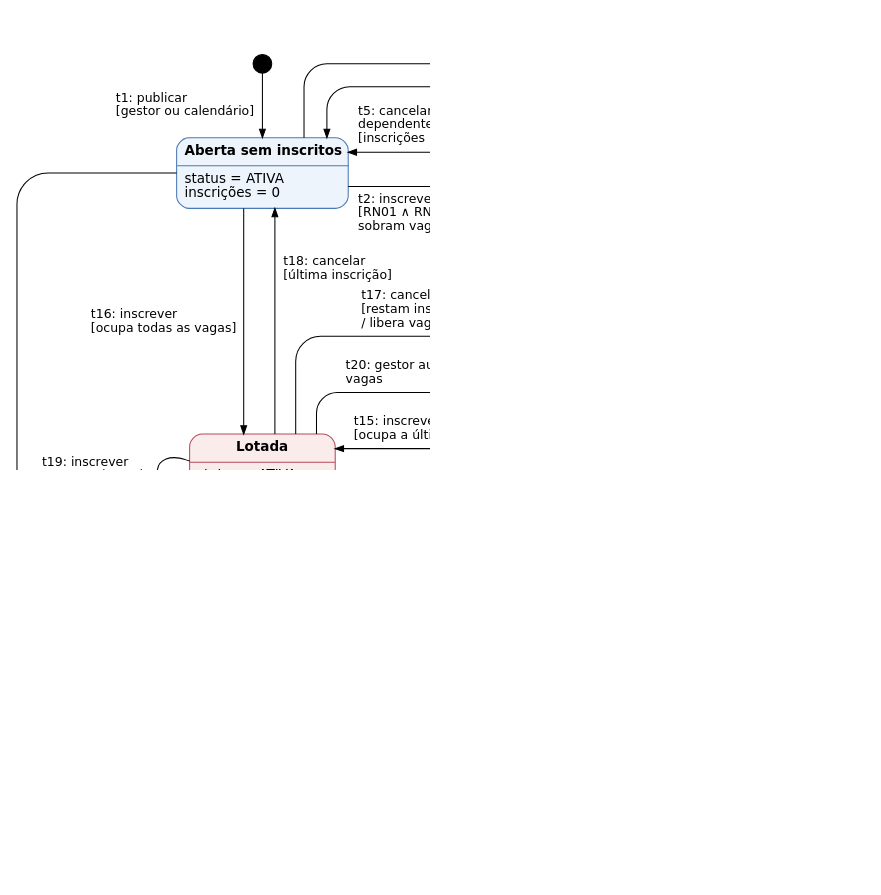
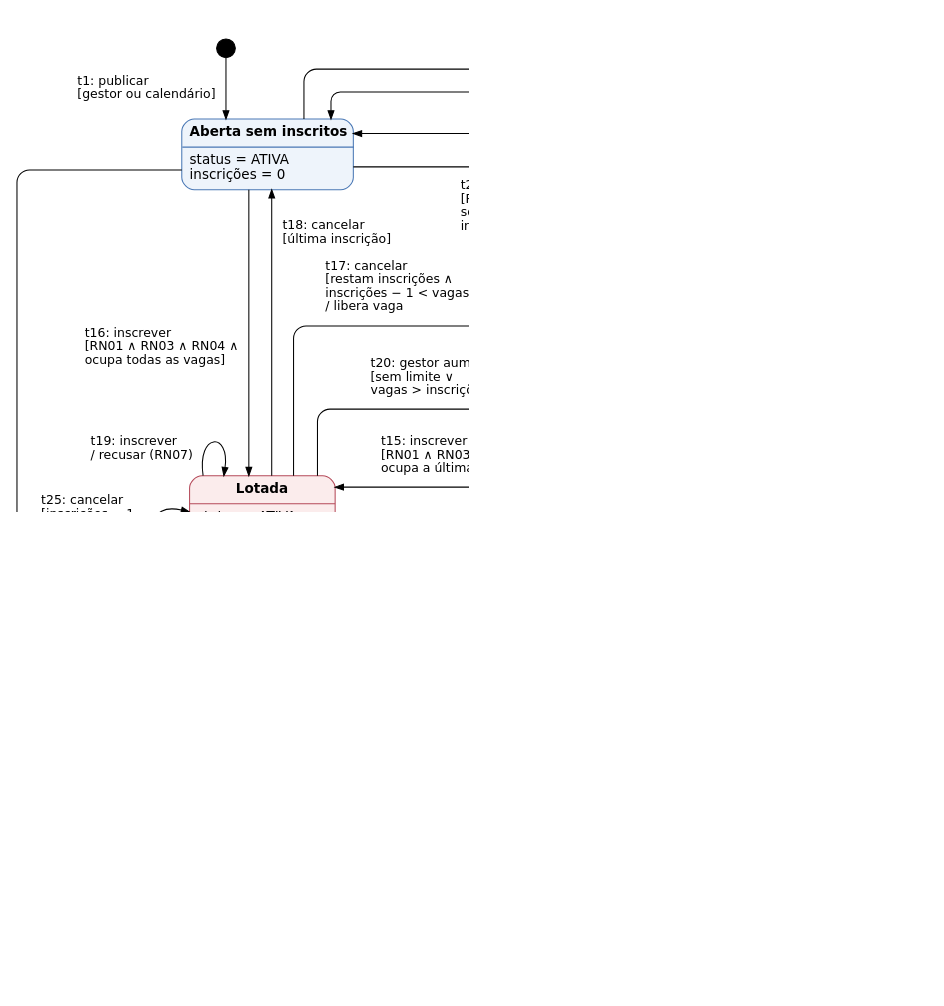
Before and after one commit to Conecta-Vida/Conecta-Vida-Mobile: the diagram in qualidade/diagramas/ex05_estados.dot, drawn with Graphviz. The commit also changed 7 other files, not shown here.

```diff
--- a/qualidade/diagramas/ex05_estados.dot
+++ b/qualidade/diagramas/ex05_estados.dot
@@ -1,49 +1,50 @@
 // Exercício 5 - Diagrama de Transição de Estados (UML) do objeto Campanha
 // (tabela comunicacoes, tipo CAMPANHA). Transições no formato evento [guarda] / ação.
 // Layout fixo (layout=nop2): posição de cada estado, trajeto de cada seta e lugar de cada
 // rótulo definidos à mão, para nenhum rótulo cruzar outra seta. Coordenadas em pontos.
 digraph DTE {
   graph [layout=nop2, fontname="DejaVu Sans", pad=0.2, dpi=150];
   node  [fontname="DejaVu Sans", fontsize=13];
   edge  [fontname="DejaVu Sans", fontsize=12, arrowsize=0.8];
 
-  ini [pos="250.0,970.0", shape=circle, style=filled, fillcolor=black, label="", width=0.25];
-  fim [pos="330.0,150.0", shape=doublecircle, style=filled, fillcolor=black, label="", width=0.18];
-
-  E1 [pos="250.0,865.0", shape=plain, label=<<table border="1" cellborder="0" cellspacing="0" cellpadding="6" style="rounded" bgcolor="#EEF4FB" color="#4A78B5">
+  ini [pos="215.0,1062.0", shape=circle, style=filled, fillcolor=black, label="", width=0.25];
+  fim [pos="380.0,130.0", shape=doublecircle, style=filled, fillcolor=black, label="", width=0.18];
+  E1 [pos="255.0,960.0", shape=plain, label=<<table border="1" cellborder="0" cellspacing="0" cellpadding="6" style="rounded" bgcolor="#EEF4FB" color="#4A78B5">
       <tr><td><b>Aberta sem inscritos</b></td></tr><hr/>
       <tr><td align="left">status = ATIVA<br align="left"/>inscrições = 0<br align="left"/></td></tr></table>>];
-  E2 [pos="570.0,580.0", shape=plain, label=<<table border="1" cellborder="0" cellspacing="0" cellpadding="6" style="rounded" bgcolor="#EEF4FB" color="#4A78B5">
+  E2 [pos="640.0,610.0", shape=plain, label=<<table border="1" cellborder="0" cellspacing="0" cellpadding="6" style="rounded" bgcolor="#EEF4FB" color="#4A78B5">
       <tr><td><b>Aberta com inscritos</b></td></tr><hr/>
-      <tr><td align="left">status = ATIVA<br align="left"/>1 ≤ inscrições &lt; vagas<br align="left"/></td></tr></table>>];
-  E3 [pos="600.0,320.0", shape=plain, label=<<table border="1" cellborder="0" cellspacing="0" cellpadding="6" style="rounded" bgcolor="#FDF1E3" color="#B5784A">
+      <tr><td align="left">status = ATIVA<br align="left"/>1 ≤ inscrições &lt; vagas<br align="left"/>(ou sem limite)<br align="left"/></td></tr></table>>];
+  E3 [pos="660.0,330.0", shape=plain, label=<<table border="1" cellborder="0" cellspacing="0" cellpadding="6" style="rounded" bgcolor="#FDF1E3" color="#B5784A">
       <tr><td><b>Encerrada</b></td></tr><hr/>
       <tr><td align="left">status = ENCERRADA<br align="left"/>(só cancelamento)<br align="left"/></td></tr></table>>];
-  E5 [pos="250.0,580.0", shape=plain, label=<<table border="1" cellborder="0" cellspacing="0" cellpadding="6" style="rounded" bgcolor="#FBECEC" color="#B54A5A">
+  E5 [pos="250.0,610.0", shape=plain, label=<<table border="1" cellborder="0" cellspacing="0" cellpadding="6" style="rounded" bgcolor="#FBECEC" color="#B54A5A">
       <tr><td><b>Lotada</b></td></tr><hr/>
-      <tr><td align="left">status = ATIVA<br align="left"/>inscrições ≥ vagas<br align="left"/></td></tr></table>>];
+      <tr><td align="left">status = ATIVA<br align="left"/>vagas definidas ∧<br align="left"/>inscrições ≥ vagas<br align="left"/></td></tr></table>>];
 
-  ini -> E1 [label="t1: publicar\l[gestor ou calendário]\l", pos="e,250.0,899.0 250.0,961.0 250.0,940.3 250.0,919.7 250.0,907.0", lp="175.5,930.0"];
-  E1 -> E2 [label="t2: inscrever\l[RN01 ∧ RN03 ∧ RN04 ∧\lsobram vagas (RN07)]\l", pos="e,546.0,614.0 332.5,852.0 397.7,852.0 462.8,852.0 528.0,852.0 537.9,852.0 546.0,843.9 546.0,834.0 546.0,760.7 546.0,687.3 546.0,622.0", lp="416.0,826.5"];
-  E2 -> E2 [label="t3: inscrever\l[RN01 ∧ RN03 ∧ RN04 ∧\lsobram vagas (RN07)]\l", pos="e,642.0,614.0 618.0,614.0 610.0,654.0 650.0,654.0 643.6,621.8", lp="730.0,665.5"];
-  E2 -> E2 [label="t4: cancelar\l[inscrições > 1]\l", pos="e,654.0,572.0 654.0,588.0 694.0,604.0 694.0,556.0 661.4,569.0", lp="745.0,580.0"];
-  E2 -> E1 [label="t5: cancelar ou revogar\ldependente\l[inscrições = 1] / RN05\l", pos="e,332.5,885.0 568.0,614.0 568.0,698.3 568.0,782.7 568.0,867.0 568.0,876.9 559.9,885.0 550.0,885.0 477.5,885.0 405.0,885.0 340.5,885.0", lp="412.5,911.0"];
-  E1 -> E3 [label="t6: encerrar\l[data_fim < agora\lou gestor]\l", pos="e,678.0,334.0 290.0,899.0 290.0,915.3 290.0,931.7 290.0,948.0 290.0,960.1 299.9,970.0 312.0,970.0 481.3,970.0 650.7,970.0 820.0,970.0 832.1,970.0 842.0,960.1 842.0,948.0 842.0,750.7 842.0,553.3 842.0,356.0 842.0,343.9 832.1,334.0 820.0,334.0 772.7,334.0 725.3,334.0 686.0,334.0", lp="675.0,995.5"];
-  E2 -> E3 [label="t7: encerrar\l[data_fim < agora\lou gestor]\l", pos="e,600.0,354.0 600.0,546.0 600.0,482.0 600.0,418.0 600.0,362.0", lp="537.0,450.0"];
-  E3 -> E3 [label="t8: cancelar\l[inscrições ≥ 1] (A4)\l", pos="e,678.0,292.0 678.0,310.0 716.0,320.0 716.0,282.0 685.7,290.0", lp="781.0,300.0"];
-  E3 -> E3 [label="t9: inscrever\l/ recusar (RN02)\l", pos="e,620.0,286.0 596.0,286.0 588.0,246.0 628.0,246.0 621.6,278.2", lp="683.0,257.0"];
-  E3 -> E2 [label="t10: reabrir\l[ATIVA ∧\linscrições ≥ 1]\l", pos="e,626.0,546.0 626.0,354.0 626.0,418.0 626.0,482.0 626.0,538.0", lp="678.5,450.0"];
-  E3 -> E1 [label="t11: reabrir\l[ATIVA ∧\linscrições = 0]\l", pos="e,312.0,899.0 678.0,343.0 718.0,343.0 758.0,343.0 798.0,343.0 810.1,343.0 820.0,352.9 820.0,365.0 820.0,553.7 820.0,740.7 820.0,926.0 820.0,938.1 810.1,948.0 798.0,948.0 643.3,948.0 488.7,948.0 334.0,948.0 321.9,948.0 312.0,938.1 312.0,926.0 312.0,917.0 312.0,908.0 312.0,907.0", lp="664.5,922.5"];
-  E1 -> fim [label="t12: excluir\l[gestor]\l", pos="e,330.0,139.5 167.5,865.0 126.3,865.0 85.2,865.0 44.0,865.0 27.5,865.0 14.0,851.5 14.0,835.0 14.0,602.7 14.0,370.3 14.0,138.0 14.0,121.5 27.5,108.0 44.0,108.0 134.1,108.0 224.2,108.0 314.2,108.0 322.9,108.0 330.0,115.1 330.0,123.8 330.0,129.0 330.0,134.2 330.0,131.5", lp="55.5,300.0"];
-  E2 -> fim [label="t13: excluir [gestor]\l/ remove inscrições\l", pos="e,337.4,157.4 498.0,546.0 444.4,416.5 390.9,286.9 340.4,164.7", lp="364.0,425.0"];
-  E3 -> fim [label="t14: excluir [gestor]\l/ remove inscrições\l", pos="e,340.5,150.0 540.0,286.0 473.5,240.7 407.0,195.3 347.1,154.5", lp="511.0,185.0"];
-  E2 -> E5 [label="t15: inscrever\l[ocupa a última vaga]\l", pos="e,320.0,600.0 486.0,600.0 430.7,600.0 375.3,600.0 328.0,600.0", lp="403.8,619.0"];
-  E1 -> E5 [label="t16: inscrever\l[ocupa todas as vagas]\l", pos="e,232.0,614.0 232.0,831.0 232.0,758.7 232.0,686.3 232.0,622.0", lp="154.5,722.0"];
-  E5 -> E2 [label="t17: cancelar\l[restam inscrições]\l/ libera vaga\l", pos="e,518.0,614.0 282.0,614.0 282.0,637.3 282.0,660.7 282.0,684.0 282.0,697.2 292.8,708.0 306.0,708.0 368.7,708.0 431.3,708.0 494.0,708.0 507.2,708.0 518.0,697.2 518.0,684.0 518.0,660.7 518.0,637.3 518.0,622.0", lp="402.5,733.5"];
-  E5 -> E1 [label="t18: cancelar\l[última inscrição]\l", pos="e,262.0,831.0 262.0,614.0 262.0,686.3 262.0,758.7 262.0,823.0", lp="322.0,773.0"];
-  E5 -> E5 [label="t19: inscrever\l/ recusar (RN07)\l", pos="e,180.0,572.0 180.0,588.0 140.0,604.0 140.0,556.0 172.6,569.0", lp="87.0,580.0"];
-  E5 -> E2 [label="t20: gestor aumenta\lvagas\l", pos="e,500.0,614.0 302.0,614.0 302.0,620.7 302.0,627.3 302.0,634.0 302.0,645.0 311.0,654.0 322.0,654.0 374.7,654.0 427.3,654.0 480.0,654.0 491.0,654.0 500.0,645.0 500.0,634.0 500.0,627.3 500.0,620.7 500.0,622.0", lp="392.0,673.0"];
-  E5 -> E3 [label="t21: encerrar\l[data_fim < agora\lou gestor]\l", pos="e,522.0,320.0 270.0,546.0 270.0,480.7 270.0,415.3 270.0,350.0 270.0,333.5 283.5,320.0 300.0,320.0 374.0,320.0 448.0,320.0 514.0,320.0", lp="335.0,345.5"];
-  E5 -> fim [label="t22: excluir [gestor]\l/ remove inscrições\l", pos="e,319.5,150.0 230.0,546.0 230.0,424.0 230.0,302.0 230.0,180.0 230.0,163.5 243.5,150.0 260.0,150.0 279.8,150.0 299.7,150.0 311.5,150.0", lp="163.0,400.0"];
-  E2 -> E5 [label="t23: gestor reduz vagas\l[vagas ≤ inscrições]\l", pos="e,320.0,558.0 486.0,558.0 430.7,558.0 375.3,558.0 328.0,558.0", lp="403.8,539.0"];
+  ini -> E1 [label="t1: publicar\l[gestor ou calendário]\l", pos="e,215.0,994.0 215.0,1053.0 215.0,1036.0 215.0,1019.0 215.0,1002.0", lp="138.5,1023.5"];
+  E1 -> E2 [label="t2: inscrever\l[RN01 ∧ RN03 ∧ RN04 ∧\lsobram vagas após a\linscrição (RN07)]\l", pos="e,606.0,651.0 337.5,948.0 423.0,948.0 508.5,948.0 594.0,948.0 600.6,948.0 606.0,942.6 606.0,936.0 606.0,843.7 606.0,751.3 606.0,659.0", lp="514.7,910.2"];
+  E2 -> E2 [label="t3: inscrever\l[RN01 ∧ RN03 ∧ RN04 ∧\lsobram vagas após a\linscrição (RN07)]\l", pos="e,680.0,651.0 656.0,651.0 650.0,693.0 686.0,693.0 681.1,658.9", lp="767.9,698.8"];
+  E2 -> E2 [label="t4: cancelar\l[inscrições > 1]\l", pos="e,724.0,606.0 724.0,588.0 766.0,578.0 766.0,616.0 731.8,607.9", lp="813.2,597.0"];
+  E2 -> E1 [label="t5: cancelar ou revogar\ldependente\l[inscrições = 1] / RN05\l", pos="e,337.5,980.0 626.0,651.0 626.0,756.7 626.0,862.3 626.0,968.0 626.0,974.6 620.6,980.0 614.0,980.0 524.5,980.0 435.0,980.0 345.5,980.0", lp="706.2,933.9"];
+  E1 -> E3 [label="t6: encerrar\l[data_fim < agora\lou gestor]\l", pos="e,738.0,342.0 290.0,994.0 290.0,1006.0 290.0,1018.0 290.0,1030.0 290.0,1036.6 295.4,1042.0 302.0,1042.0 503.7,1042.0 705.3,1042.0 907.0,1042.0 913.6,1042.0 919.0,1036.6 919.0,1030.0 919.0,804.7 919.0,579.3 919.0,354.0 919.0,347.4 913.6,342.0 907.0,342.0 853.3,342.0 799.7,342.0 746.0,342.0", lp="636.0,1072.6"];
+  E2 -> E3 [label="t7: encerrar\l[data_fim < agora\lou gestor]\l", pos="e,612.0,364.0 612.0,569.0 612.0,503.3 612.0,437.7 612.0,372.0", lp="547.4,415.2"];
+  E3 -> E3 [label="t8: cancelar\l[inscrições ≥ 1] (A4)\l", pos="e,738.0,316.0 738.0,300.0 780.0,290.0 780.0,326.0 745.8,317.9", lp="841.7,308.0"];
+  E3 -> E3 [label="t9: inscrever\l/ recusar (RN02)\l", pos="e,714.0,296.0 690.0,296.0 684.0,254.0 720.0,254.0 715.1,288.1", lp="702.0,241.1"];
+  E3 -> E2 [label="t10: reabrir\l[ATIVA ∧\linscrições ≥ 1 ∧\l(sem limite ∨\linscrições < vagas)]\l", pos="e,700.0,569.0 700.0,364.0 700.0,429.7 700.0,495.3 700.0,561.0", lp="771.2,466.5"];
+  E3 -> E1 [label="t11: reabrir\l[ATIVA ∧\linscrições = 0]\l", pos="e,316.0,994.0 738.0,356.0 787.0,356.0 836.0,356.0 885.0,356.0 891.6,356.0 897.0,361.4 897.0,368.0 897.0,581.3 897.0,794.7 897.0,1008.0 897.0,1014.6 891.6,1020.0 885.0,1020.0 698.3,1020.0 511.7,1020.0 325.0,1020.0 320.0,1020.0 316.0,1016.0 316.0,1011.0 316.0,1008.0 316.0,1005.0 316.0,1002.0", lp="842.2,820.8"];
+  E1 -> fim [label="t12: excluir\l[gestor]\l", pos="e,369.5,130.0 172.5,945.0 123.7,945.0 74.8,945.0 26.0,945.0 19.4,945.0 14.0,939.6 14.0,933.0 14.0,669.3 14.0,405.7 14.0,142.0 14.0,135.4 19.4,130.0 26.0,130.0 137.8,130.0 249.7,130.0 361.5,130.0", lp="57.9,309.3"];
+  E2 -> fim [label="t13: excluir [gestor]\l/ remove inscrições\l", pos="e,390.5,130.0 566.0,569.0 566.0,550.0 566.0,531.0 566.0,512.0 566.0,505.4 560.6,500.0 554.0,500.0 525.0,500.0 496.0,500.0 467.0,500.0 460.4,500.0 455.0,494.6 455.0,488.0 455.0,372.7 455.0,257.3 455.0,142.0 455.0,135.4 449.6,130.0 443.0,130.0 428.2,130.0 413.3,130.0 398.5,130.0", lp="385.4,477.8"];
+  E3 -> fim [label="t14: excluir [gestor]\l/ remove inscrições\l", pos="e,380.0,119.5 600.0,296.0 600.0,234.7 600.0,173.3 600.0,112.0 600.0,105.4 594.6,100.0 588.0,100.0 520.6,100.0 453.2,100.0 385.8,100.0 382.6,100.0 380.0,102.6 380.0,105.8 380.0,107.7 380.0,109.6 380.0,111.5", lp="669.6,154.9"];
+  E2 -> E5 [label="t15: inscrever\l[RN01 ∧ RN03 ∧ RN04 ∧\locupa a última vaga]\l", pos="e,320.0,640.0 556.0,640.0 480.0,640.0 404.0,640.0 328.0,640.0", lp="438.0,670.6"];
+  E1 -> E5 [label="t16: inscrever\l[RN01 ∧ RN03 ∧ RN04 ∧\locupa todas as vagas]\l", pos="e,237.0,651.0 237.0,926.0 237.0,837.0 237.0,748.0 237.0,659.0", lp="153.1,774.8"];
+  E5 -> E2 [label="t17: cancelar\l[restam inscrições ∧\linscrições − 1 < vagas]\l/ libera vaga\l", pos="e,588.0,651.0 280.0,651.0 280.0,695.0 280.0,739.0 280.0,783.0 280.0,789.6 285.4,795.0 292.0,795.0 386.7,795.0 481.3,795.0 576.0,795.0 582.6,795.0 588.0,789.6 588.0,783.0 588.0,741.7 588.0,700.3 588.0,659.0", lp="381.6,832.8"];
+  E5 -> E1 [label="t18: cancelar\l[última inscrição]\l", pos="e,259.0,926.0 259.0,651.0 259.0,740.0 259.0,829.0 259.0,918.0", lp="321.3,884.8"];
+  E5 -> E5 [label="t19: inscrever\l/ recusar (RN07)\l", pos="e,213.0,651.0 193.0,651.0 187.0,693.0 219.0,693.0 214.1,658.9", lp="133.8,677.0"];
+  E5 -> E2 [label="t20: gestor aumenta vagas\l[sem limite ∨\lvagas > inscrições]\l", pos="e,568.0,651.0 303.0,651.0 303.0,668.3 303.0,685.7 303.0,703.0 303.0,709.6 308.4,715.0 315.0,715.0 395.3,715.0 475.7,715.0 556.0,715.0 562.6,715.0 568.0,709.6 568.0,703.0 568.0,688.3 568.0,673.7 568.0,659.0", lp="435.5,745.6"];
+  E5 -> E3 [label="t21: encerrar\l[data_fim < agora\lou gestor]\l", pos="e,582.0,345.0 296.0,569.0 296.0,498.3 296.0,427.7 296.0,357.0 296.0,350.4 301.4,345.0 308.0,345.0 396.7,345.0 485.3,345.0 574.0,345.0", lp="372.6,375.6"];
+  E5 -> fim [label="t22: excluir [gestor]\l/ remove inscrições\l", pos="e,380.0,140.5 236.0,569.0 236.0,450.0 236.0,331.0 236.0,212.0 236.0,205.4 241.4,200.0 248.0,200.0 288.0,200.0 328.0,200.0 368.0,200.0 374.6,200.0 380.0,194.6 380.0,188.0 380.0,174.8 380.0,161.7 380.0,148.5", lp="166.4,366.0"];
+  E2 -> E5 [label="t23: gestor reduz vagas\l[vagas ≤ inscrições]\l", pos="e,320.0,586.0 556.0,586.0 480.0,586.0 404.0,586.0 328.0,586.0", lp="438.0,562.6"];
+  E3 -> E5 [label="t24: reabrir\l[ATIVA ∧\linscrições ≥ vagas]\l", pos="e,268.0,569.0 582.0,312.0 481.3,312.0 380.7,312.0 280.0,312.0 273.4,312.0 268.0,317.4 268.0,324.0 268.0,403.0 268.0,482.0 268.0,561.0", lp="348.8,281.4"];
+  E5 -> E5 [label="t25: cancelar\l[inscrições − 1\l≥ vagas]\l/ continua lotada\l", pos="e,180.0,616.0 180.0,598.0 138.0,588.0 138.0,626.0 172.2,617.9", lp="87.7,607.0"];
 }
```
